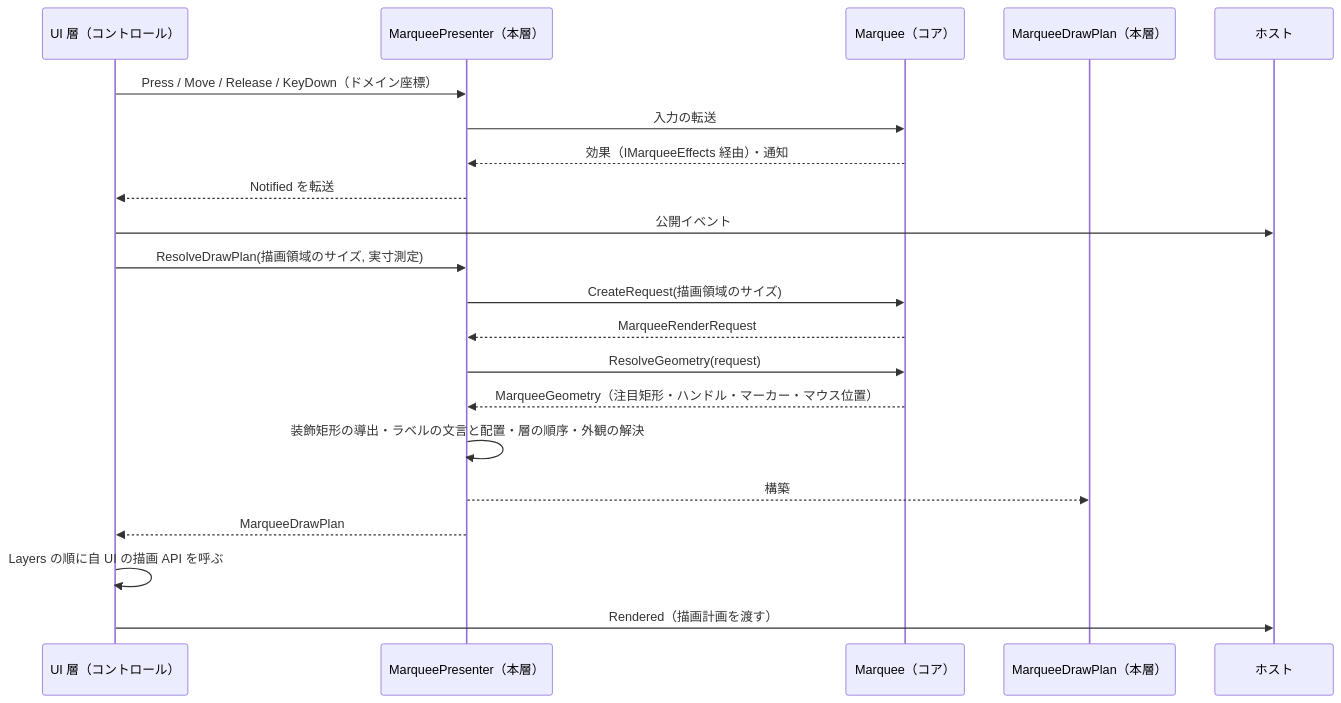
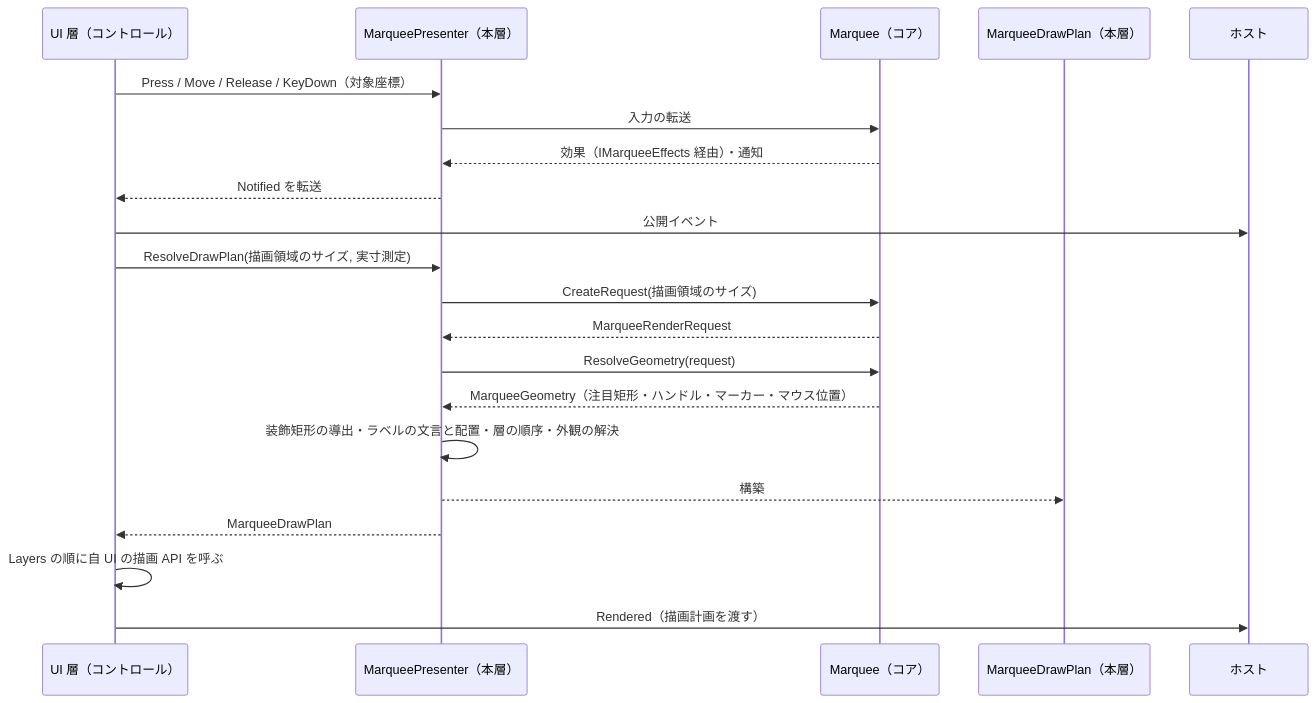
The first of 2 diagrams in src/Feature.Marquee.Presenter/docs/SPEC_System.md (tomokuni/SaveEvidence), drawn with Mermaid before and after one commit. The commit also changed other lines of this file and 192 other files, not shown here.

````diff
--- a/src/Feature.Marquee.Presenter/docs/SPEC_System.md
+++ b/src/Feature.Marquee.Presenter/docs/SPEC_System.md
@@ -62,24 +62,24 @@
 ```mermaid
 sequenceDiagram
     participant UI as UI 層（コントロール）
     participant P as MarqueePresenter（本層）
     participant M as Marquee（コア）
     participant D as MarqueeDrawPlan（本層）
     participant H as ホスト
 
-    UI->>P: Press / Move / Release / KeyDown（ドメイン座標）
+    UI->>P: Press / Move / Release / KeyDown（対象座標）
     P->>M: 入力の転送
     M-->>P: 効果（IMarqueeEffects 経由）・通知
     P-->>UI: Notified を転送
     UI->>H: 公開イベント
     UI->>P: ResolveDrawPlan(描画領域のサイズ, 実寸測定)
     P->>M: CreateRequest(描画領域のサイズ)
     M-->>P: MarqueeRenderRequest
     P->>M: ResolveGeometry(request)
     M-->>P: MarqueeGeometry（注目矩形・ハンドル・マーカー・マウス位置）
     P->>P: 装飾矩形の導出・ラベルの文言と配置・層の順序・外観の解決
     P-->>D: 構築
     P-->>UI: MarqueeDrawPlan
     UI->>UI: Layers の順に自 UI の描画 API を呼ぶ
     UI->>H: Rendered（描画計画を渡す）
 ```
````
